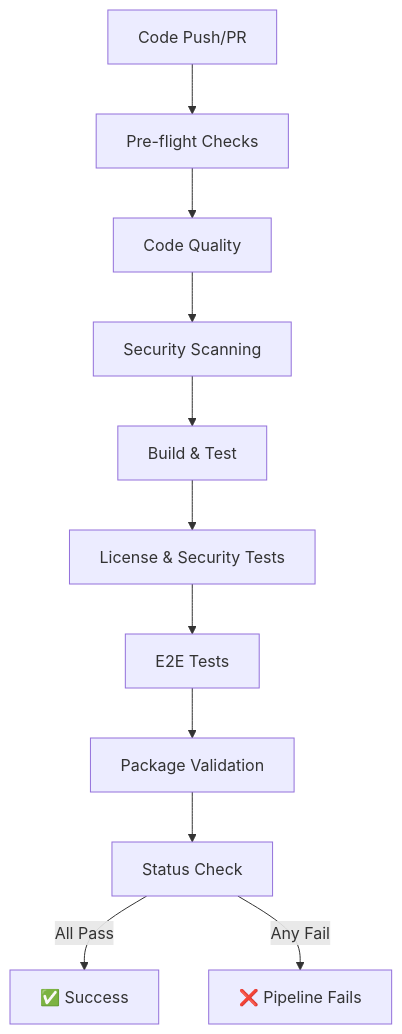
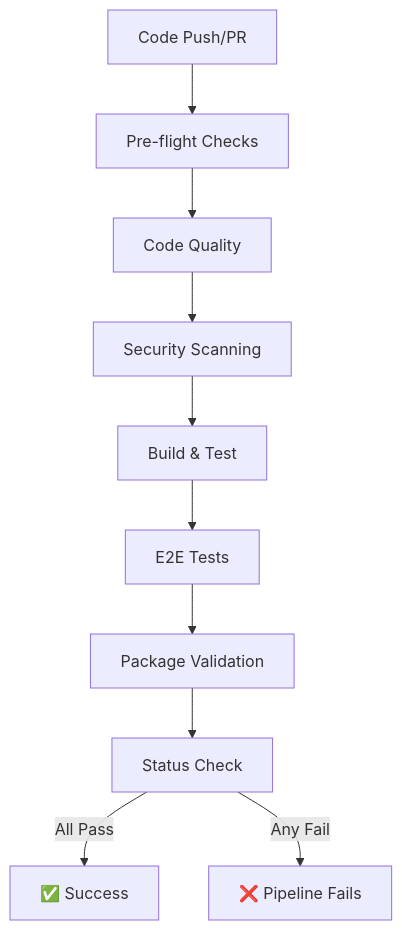
Before and after one commit to skylordafk/A-B-AI: the diagram in docs/CI_CD_SECURITY_UPGRADE.md, drawn with Mermaid. The commit also changed other lines of this file and 37 other files, not shown here.

````diff
--- a/docs/CI_CD_SECURITY_UPGRADE.md
+++ b/docs/CI_CD_SECURITY_UPGRADE.md
@@ -58,13 +58,12 @@
 ```mermaid
 graph TD
     A[Code Push/PR] --> B[Pre-flight Checks]
     B --> C[Code Quality]
     C --> D[Security Scanning]
     D --> E[Build & Test]
-    E --> F[License & Security Tests]
-    F --> G[E2E Tests]
+    E --> G[E2E Tests]
     G --> H[Package Validation]
     H --> I[Status Check]
     I -->|All Pass| J[✅ Success]
     I -->|Any Fail| K[❌ Pipeline Fails]
 ```
````
